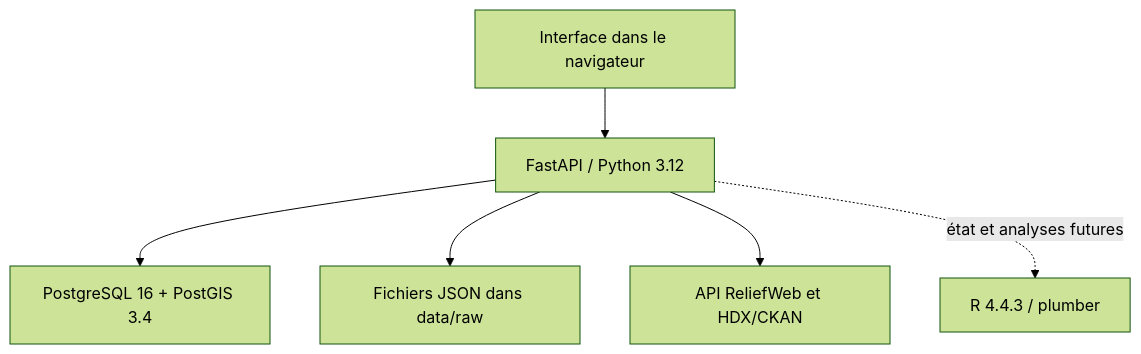
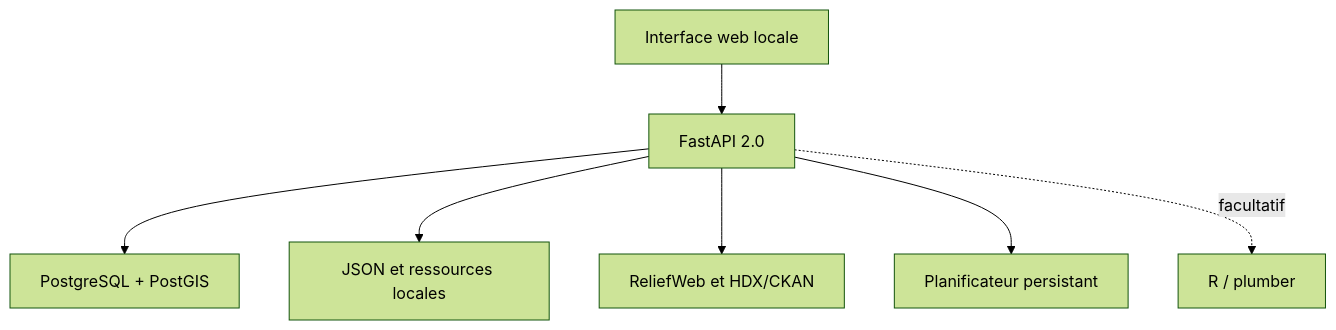
One commit to B-DAUTRIF/humanitarian-data-platform changed the diagram in docs/ARCHITECTURE.md. Above: the diagram before and after it, drawn with Mermaid (forest theme). The commit also changed other lines of this file and 50 other files, not shown here.

````diff
--- a/docs/ARCHITECTURE.md
+++ b/docs/ARCHITECTURE.md
@@ -5,8 +5,9 @@
 ```mermaid
 flowchart TD
-    U["Interface dans le navigateur"] --> A["FastAPI / Python 3.12"]
-    A --> P["PostgreSQL 16 + PostGIS 3.4"]
-    A --> F["Fichiers JSON dans data/raw"]
-    A --> X["API ReliefWeb et HDX/CKAN"]
-    A -. état et analyses futures .-> R["R 4.4.3 / plumber"]
+    U["Interface web locale"] --> A["FastAPI 2.0"]
+    A --> P["PostgreSQL + PostGIS"]
+    A --> F["JSON et ressources locales"]
+    A --> X["ReliefWeb et HDX/CKAN"]
+    A --> S["Planificateur persistant"]
+    A -. facultatif .-> R["R / plumber"]
 ```
````
